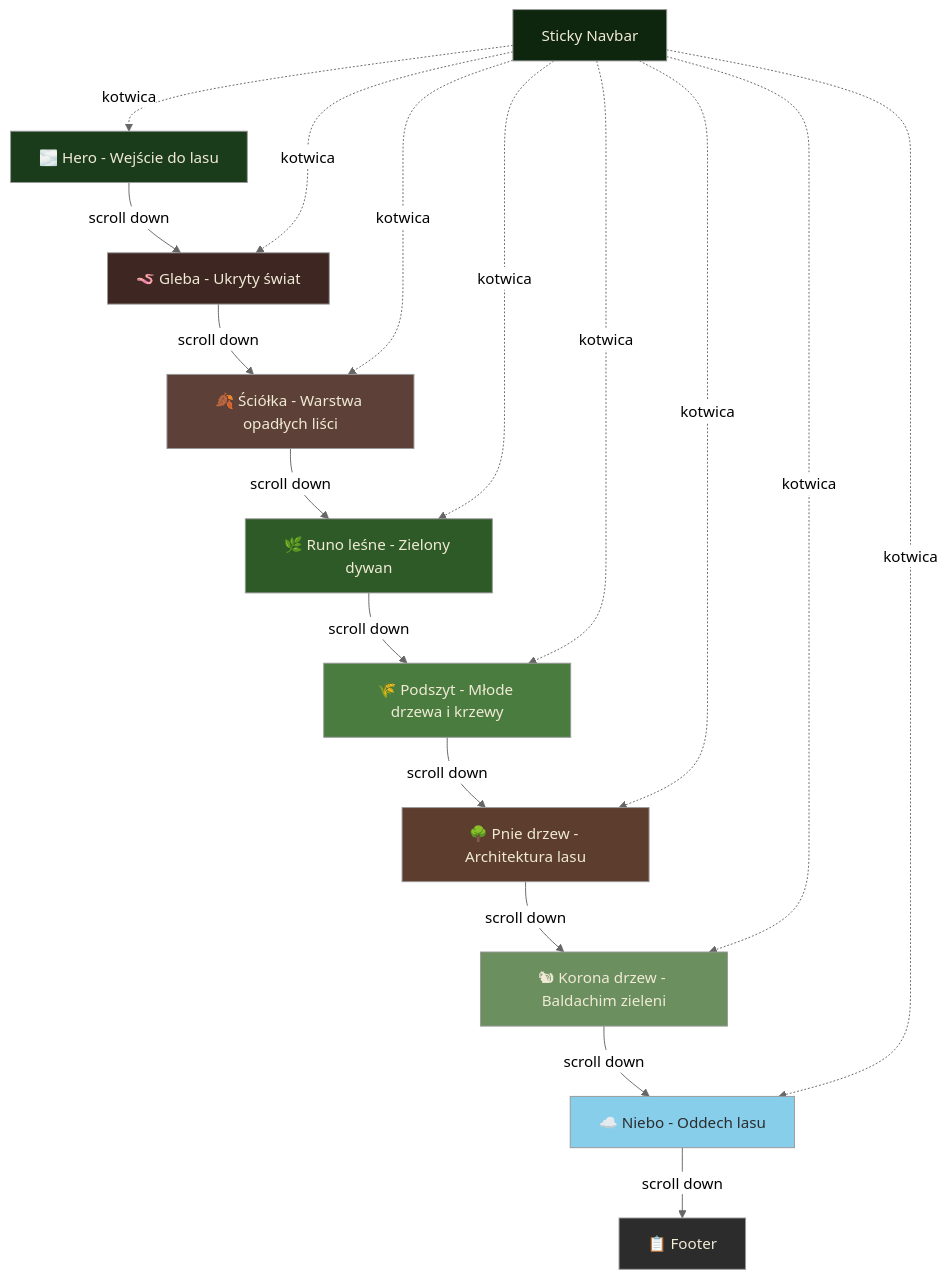
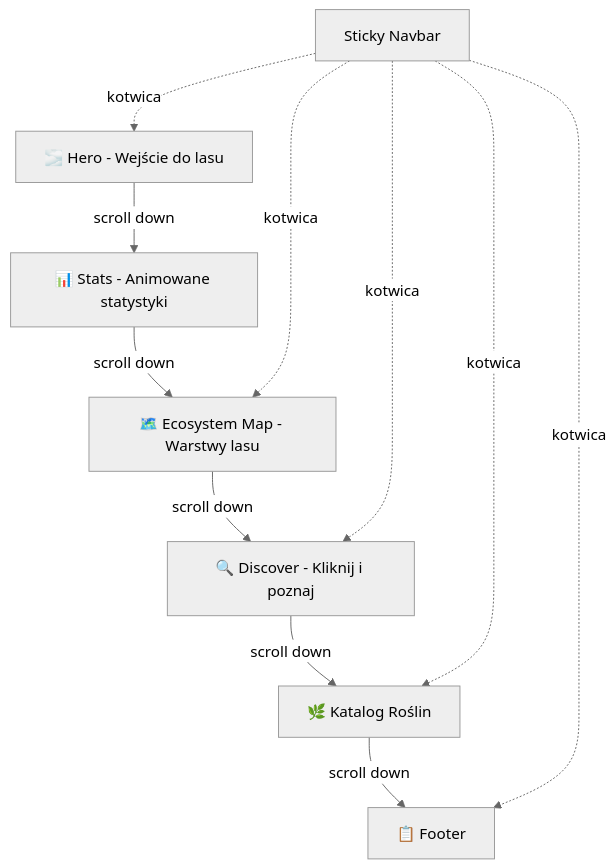
The diagram in plans/docs.md (jakubtaraszewski123-coder/Projekt_Strona_Internetowa), drawn with Mermaid (neutral theme) before and after one commit. The commit also changed other lines of this file and 32 other files, not shown here.

````diff
--- a/plans/docs.md
+++ b/plans/docs.md
@@ -137,31 +117,14 @@
 ```mermaid
 graph TD
-    HERO[🌫️ Hero - Wejście do lasu] -->|scroll down| S1[🪱 Gleba - Ukryty świat]
-    S1 -->|scroll down| S2[🍂 Ściółka - Warstwa opadłych liści]
-    S2 -->|scroll down| S3[🌿 Runo leśne - Zielony dywan]
-    S3 -->|scroll down| S4[🌾 Podszyt - Młode drzewa i krzewy]
-    S4 -->|scroll down| S5[🌳 Pnie drzew - Architektura lasu]
-    S5 -->|scroll down| S6[🐿 Korona drzew - Baldachim zieleni]
-    S6 -->|scroll down| S7[☁️ Niebo - Oddech lasu]
-    S7 -->|scroll down| FOOTER[📋 Footer]
+    HERO[🌫️ Hero - Wejście do lasu] -->|scroll down| STATS[📊 Stats - Animowane statystyki]
+    STATS -->|scroll down| ECO[🗺️ Ecosystem Map - Warstwy lasu]
+    ECO -->|scroll down| DISC[🔍 Discover - Kliknij i poznaj]
+    DISC -->|scroll down| CAT[🌿 Katalog Roślin]
+    CAT -->|scroll down| FOOTER[📋 Footer]
 
     NAV[Sticky Navbar] -.->|kotwica| HERO
-    NAV -.->|kotwica| S1
-    NAV -.->|kotwica| S2
-    NAV -.->|kotwica| S3
-    NAV -.->|kotwica| S4
-    NAV -.->|kotwica| S5
-    NAV -.->|kotwica| S6
-    NAV -.->|kotwica| S7
-
-    style HERO fill:#1a3c1a,color:#f0ead6
-    style S1 fill:#3e2723,color:#f0ead6
-    style S2 fill:#5d4037,color:#f0ead6
-    style S3 fill:#2d5a27,color:#f0ead6
-    style S4 fill:#4a7c3f,color:#f0ead6
-    style S5 fill:#5c3d2e,color:#f0ead6
-    style S6 fill:#6b8f5e,color:#f0ead6
-    style S7 fill:#87ceeb,color:#2c2c2c
-    style FOOTER fill:#2c2c2c,color:#f0ead6
-    style NAV fill:#0d260d,color:#f0ead6
+    NAV -.->|kotwica| ECO
+    NAV -.->|kotwica| DISC
+    NAV -.->|kotwica| CAT
+    NAV -.->|kotwica| FOOTER
 ```
````
